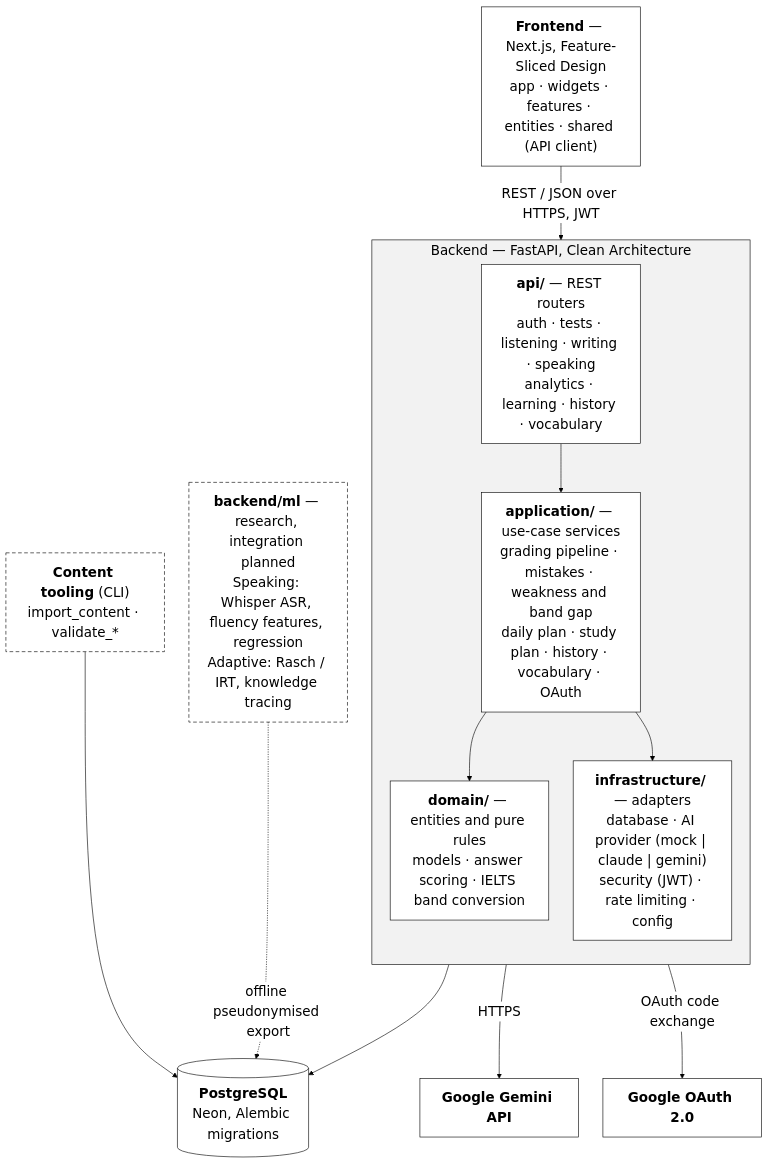
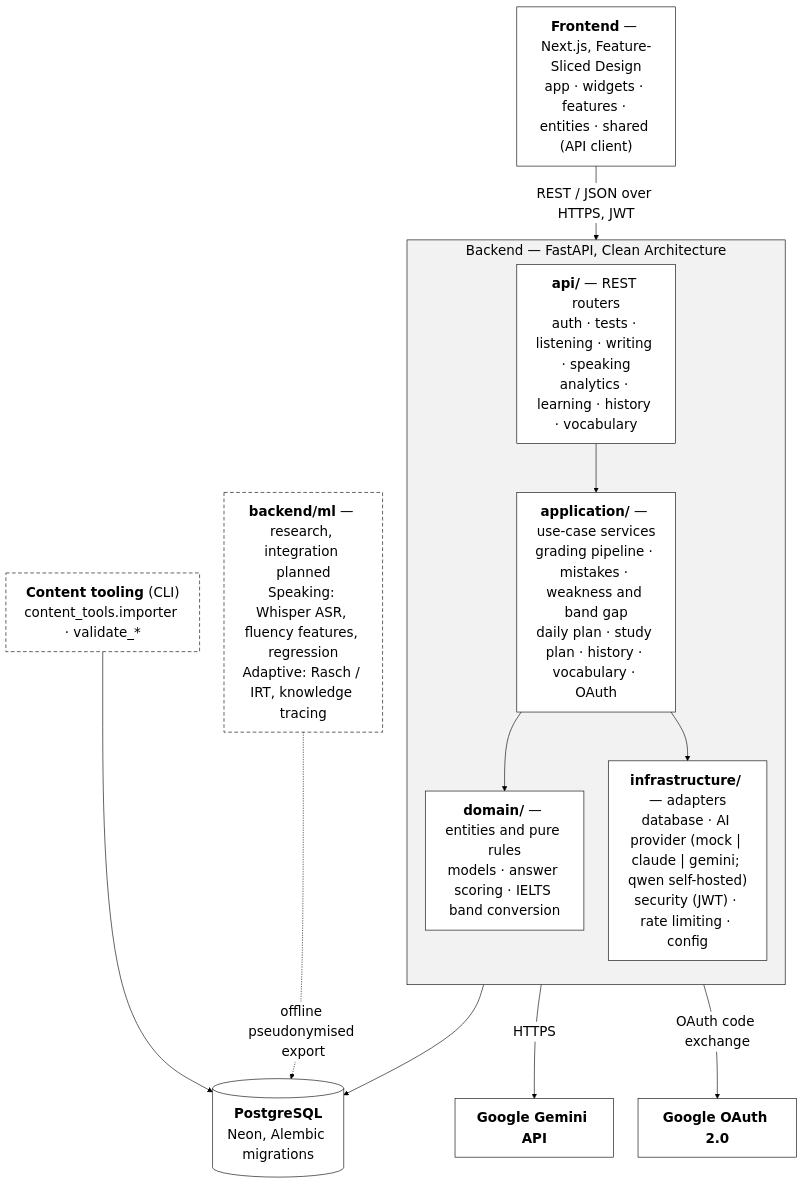
The diagram in docs/diagrams/component.mmd (RakhatBalga/Testora), drawn with Mermaid before and after one commit. The commit also changed 19 other files, not shown here.

```diff
--- a/docs/diagrams/component.mmd
+++ b/docs/diagrams/component.mmd
@@ -1,34 +1,34 @@
 %% Testora: Component diagram (draft)
 %% Names verified against frontend/src and backend/app in RakhatBalga/Testora@main.
 %% Arrows = "depends on / calls". Dependencies point inward (api -> application -> domain);
 %% infrastructure implements the adapters. Full module lists: docs/07-architecture.md, section 7.4.
 %%{init: {"theme": "base", "themeVariables": {"fontSize": "22px", "fontFamily": "Times New Roman, serif", "primaryColor": "#ffffff", "primaryBorderColor": "#000000", "primaryTextColor": "#000000", "lineColor": "#000000", "clusterBkg": "#f2f2f2", "clusterBorder": "#000000"}, "flowchart": {"nodeSpacing": 40, "rankSpacing": 55}}}%%
 flowchart TB
     FE["<b>Frontend</b> — Next.js, Feature-Sliced Design<br/>app · widgets · features · entities · shared (API client)"]
 
     subgraph BE["Backend — FastAPI, Clean Architecture"]
         direction TB
         API["<b>api/</b> — REST routers<br/>auth · tests · listening · writing · speaking<br/>analytics · learning · history · vocabulary"]
         APP["<b>application/</b> — use-case services<br/>grading pipeline · mistakes · weakness and band gap<br/>daily plan · study plan · history · vocabulary · OAuth"]
         DOM["<b>domain/</b> — entities and pure rules<br/>models · answer scoring · IELTS band conversion"]
-        INF["<b>infrastructure/</b> — adapters<br/>database · AI provider (mock | claude | gemini)<br/>security (JWT) · rate limiting · config"]
+        INF["<b>infrastructure/</b> — adapters<br/>database · AI provider (mock | claude | gemini; qwen self-hosted)<br/>security (JWT) · rate limiting · config"]
         API --> APP --> DOM
         APP --> INF
     end
 
     ML["<b>backend/ml</b> — research, integration planned<br/>Speaking: Whisper ASR, fluency features, regression<br/>Adaptive: Rasch / IRT, knowledge tracing"]
-    CLI["<b>Content tooling</b> (CLI)<br/>import_content · validate_*"]
+    CLI["<b>Content tooling</b> (CLI)<br/>content_tools.importer · validate_*"]
 
     PG[("<b>PostgreSQL</b><br/>Neon, Alembic migrations")]
     GEM["<b>Google Gemini API</b>"]
     GOO["<b>Google OAuth 2.0</b>"]
 
     FE -- "REST / JSON over HTTPS, JWT" --> API
     INF --> PG
     INF -- "HTTPS" --> GEM
     API -- "OAuth code exchange" --> GOO
     CLI --> PG
     ML -. "offline pseudonymised export" .-> PG
 
     classDef dashed stroke-dasharray: 6 4
     class ML,CLI dashed
```
